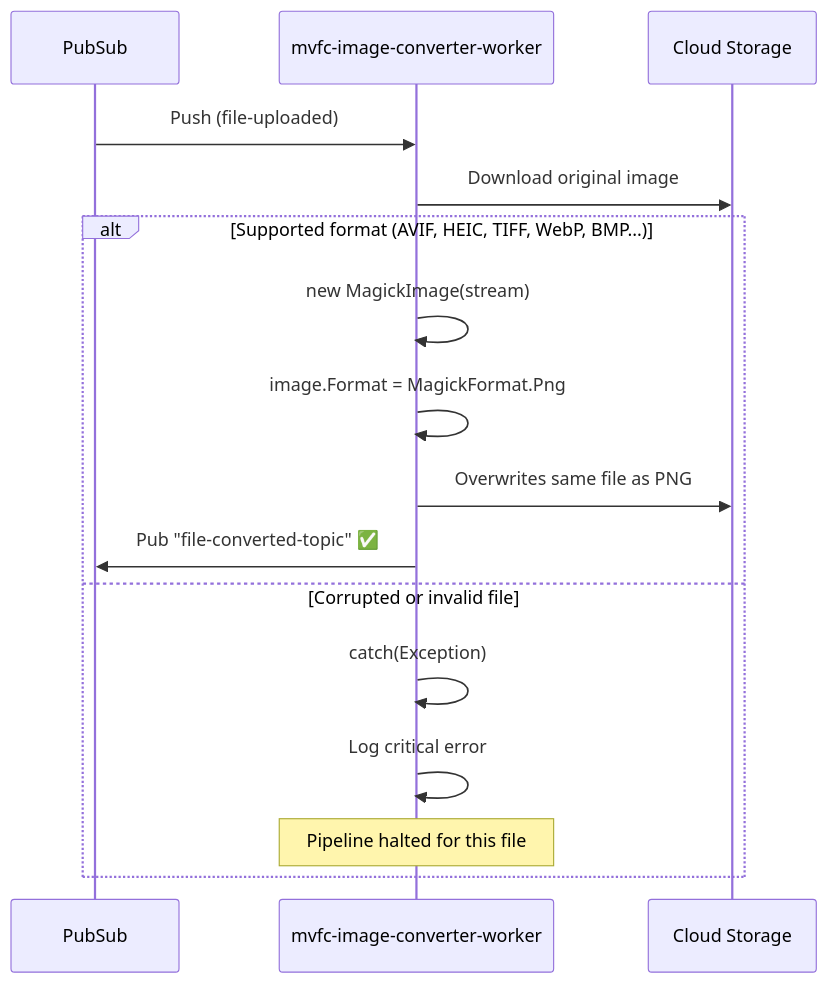
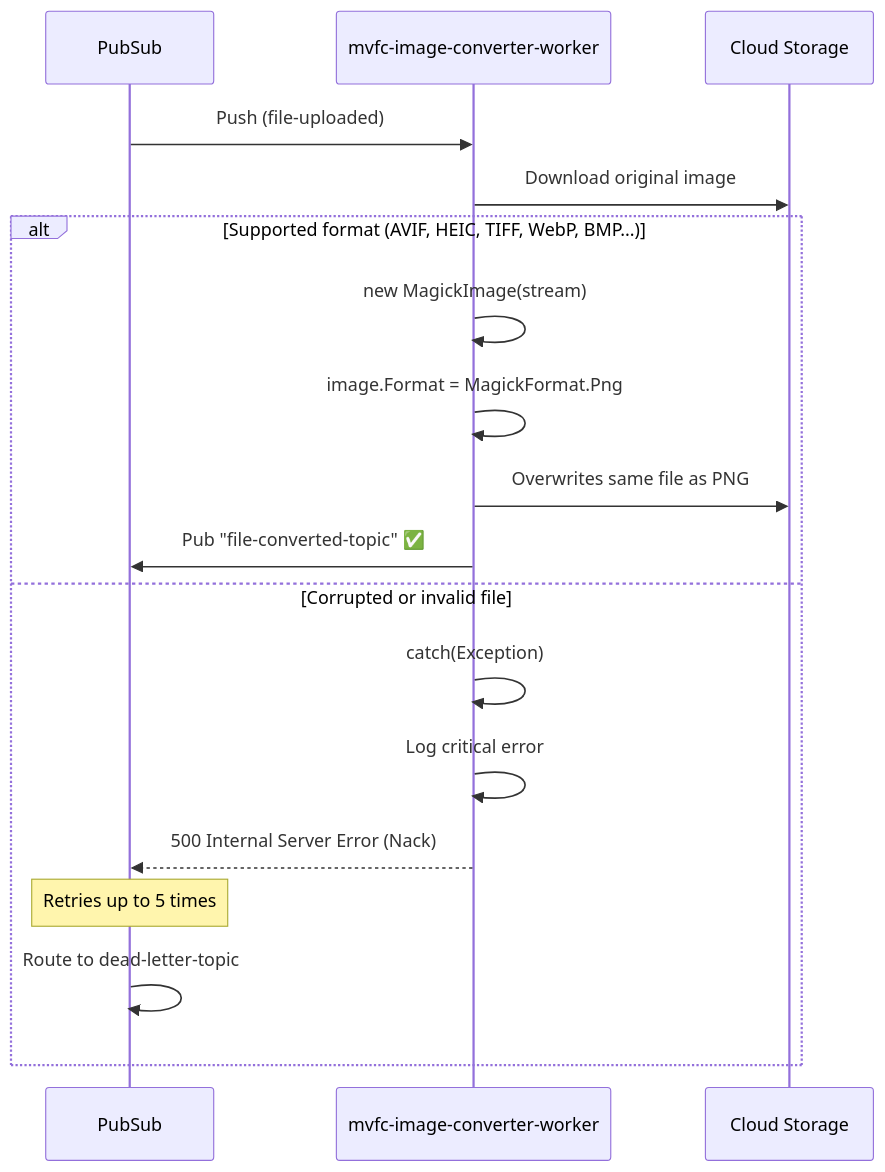
Before and after one commit to Marcus-V-Freitas/MVFC.ImageProcessing: the fourth of 5 diagrams in README.md, drawn with Mermaid. The commit also changed other lines of this file and 77 other files, not shown here.

````diff
--- a/README.md
+++ b/README.md
@@ -205,20 +213,22 @@
 ```mermaid
 sequenceDiagram
     participant PS as PubSub
     participant CONV as mvfc-image-converter-worker
     participant GCS as Cloud Storage
 
     PS->>CONV: Push (file-uploaded)
     CONV->>GCS: Download original image
     
     alt Supported format (AVIF, HEIC, TIFF, WebP, BMP...)
         CONV->>CONV: new MagickImage(stream)
         CONV->>CONV: image.Format = MagickFormat.Png
         CONV->>GCS: Overwrites same file as PNG
         CONV->>PS: Pub "file-converted-topic" ✅
     else Corrupted or invalid file
         CONV->>CONV: catch(Exception)
         CONV->>CONV: Log critical error
-        Note over CONV: Pipeline halted for this file
+        CONV-->>PS: 500 Internal Server Error (Nack)
+        Note over PS: Retries up to 5 times
+        PS->>PS: Route to dead-letter-topic
     end
 ```
````
